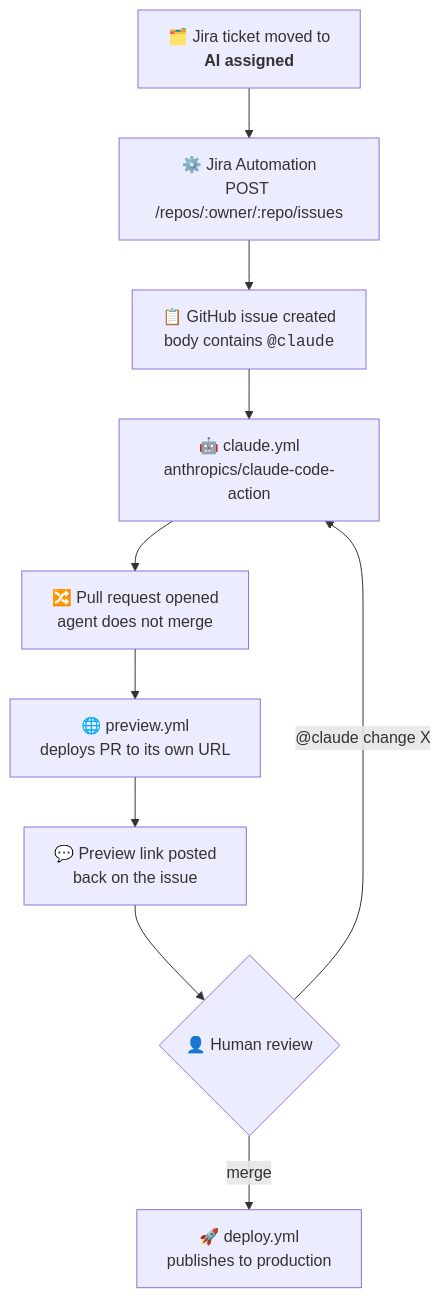
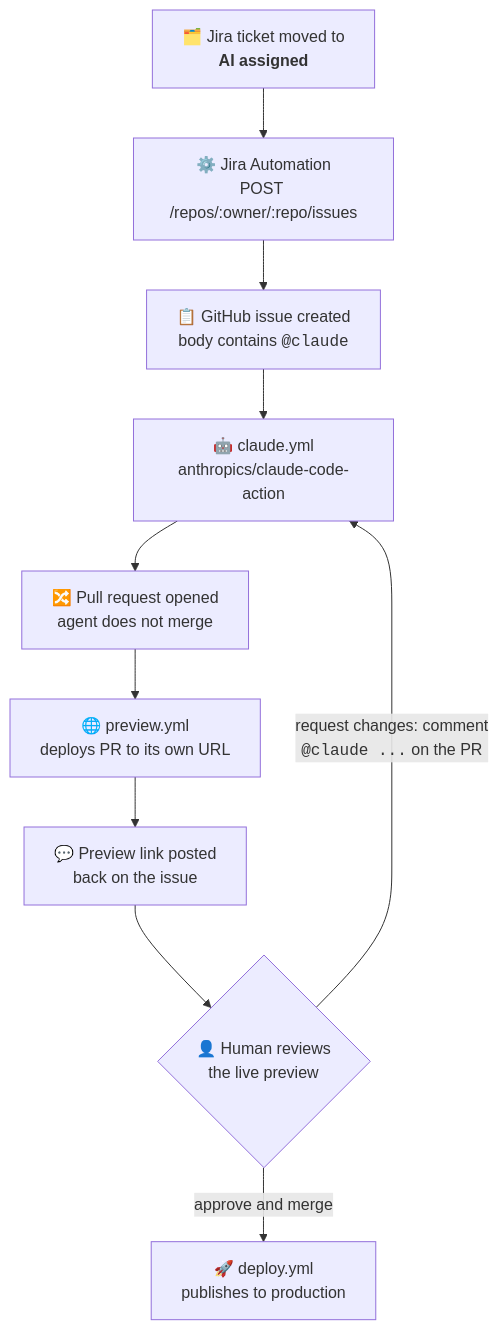
Before and after one commit to gonz96/agentic-prs: the diagram in README.md, drawn with Mermaid. The commit also changed other lines of this file, not shown here.

Commit message:
Clarify the review loop in the diagram; drop the troubleshooting section

````diff
--- a/README.md
+++ b/README.md
@@ -17,12 +17,12 @@
 ```mermaid
 flowchart TD
     A["🗂️ Jira ticket moved to<br/><b>AI assigned</b>"] --> B["⚙️ Jira Automation<br/>POST /repos/:owner/:repo/issues"]
     B --> C["📋 GitHub issue created<br/>body contains <code>@claude</code>"]
     C --> D["🤖 claude.yml<br/>anthropics/claude-code-action"]
     D --> E["🔀 Pull request opened<br/>agent does not merge"]
     E --> F["🌐 preview.yml<br/>deploys PR to its own URL"]
     F --> G["💬 Preview link posted<br/>back on the issue"]
-    G --> H{"👤 Human review"}
-    H -->|merge| I["🚀 deploy.yml<br/>publishes to production"]
-    H -->|"@claude change X"| D
+    G --> H{"👤 Human reviews<br/>the live preview"}
+    H -->|approve and merge| I["🚀 deploy.yml<br/>publishes to production"]
+    H -->|"request changes: comment<br/><code>@claude ...</code> on the PR"| D
 ```
````
